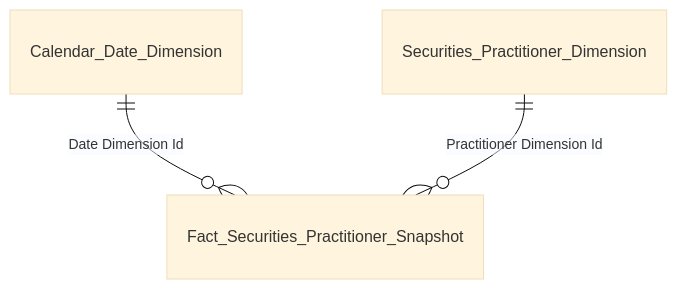
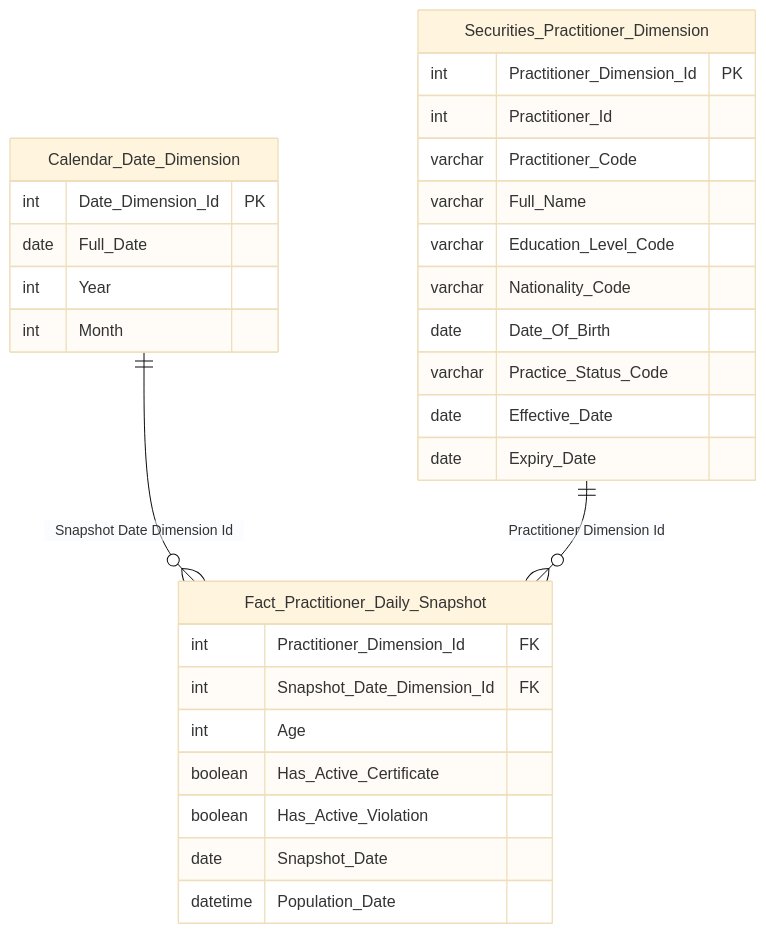
Before and after one commit to linhlvit/ubck_atomic_design: diagram 11 of 31 in Gold/hld/GOLD_NHNCK_HLD.md, drawn with Mermaid (base theme). The commit also changed other lines of this file and 10 other files, not shown here.

````diff
--- a/Gold/hld/GOLD_NHNCK_HLD.md
+++ b/Gold/hld/GOLD_NHNCK_HLD.md
@@ -129,5 +529,35 @@
 ```mermaid
 erDiagram
-    Calendar_Date_Dimension ||--o{ Fact_Securities_Practitioner_Snapshot : "Date Dimension Id"
-    Securities_Practitioner_Dimension ||--o{ Fact_Securities_Practitioner_Snapshot : "Practitioner Dimension Id"
+    Calendar_Date_Dimension ||--o{ Fact_Practitioner_Daily_Snapshot : "Snapshot Date Dimension Id"
+    Securities_Practitioner_Dimension ||--o{ Fact_Practitioner_Daily_Snapshot : "Practitioner Dimension Id"
+
+    Fact_Practitioner_Daily_Snapshot {
+        int Practitioner_Dimension_Id FK
+        int Snapshot_Date_Dimension_Id FK
+        int Age
+        boolean Has_Active_Certificate
+        boolean Has_Active_Violation
+        date Snapshot_Date
+        datetime Population_Date
+    }
+
+    Calendar_Date_Dimension {
+        int Date_Dimension_Id PK
+        date Full_Date
+        int Year
+        int Month
+    }
+
+    Securities_Practitioner_Dimension {
+        int Practitioner_Dimension_Id PK
+        int Practitioner_Id
+        varchar Practitioner_Code
+        varchar Full_Name
+        varchar Education_Level_Code
+        varchar Nationality_Code
+        date Date_Of_Birth
+        varchar Practice_Status_Code
+        date Effective_Date
+        date Expiry_Date
+    }
 ```
````
